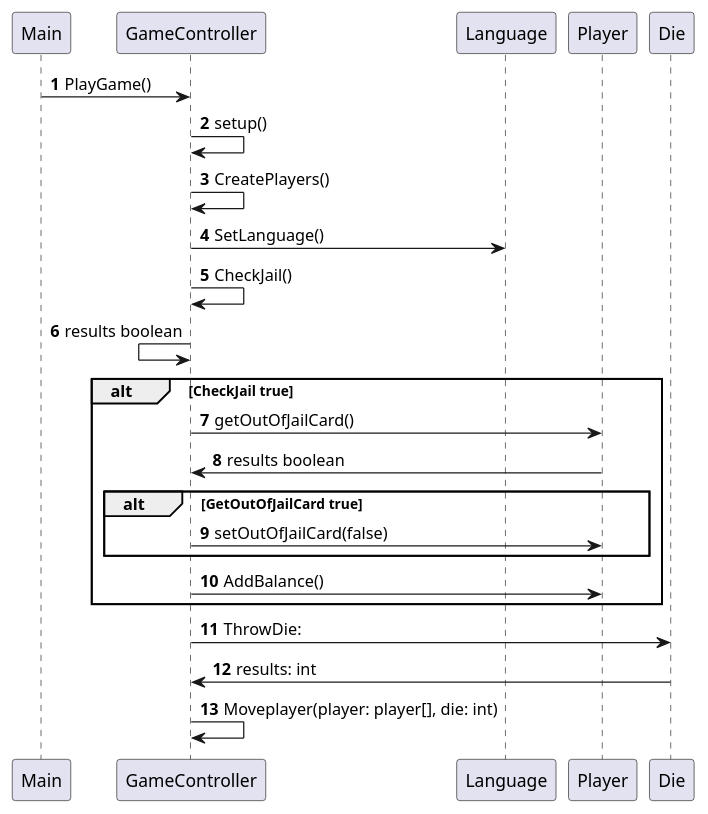
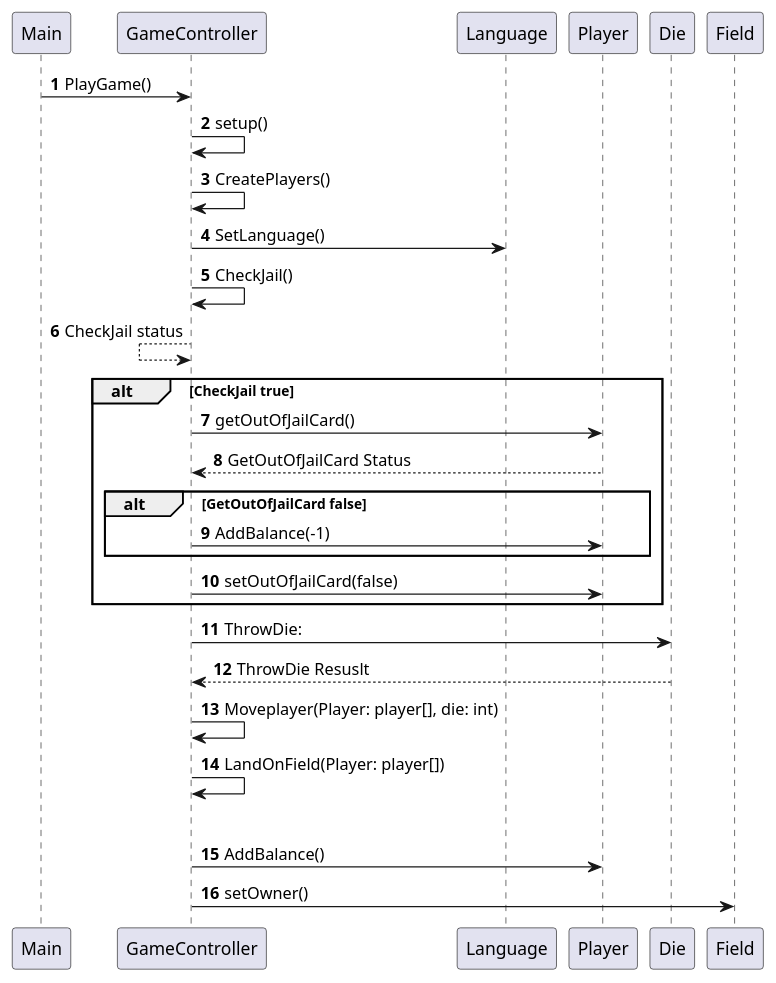
The diagram in src/main/java/org/g16/UMLDiagrams/SSD.puml (Magnusrk/CDIO3), drawn with PlantUML before and after one commit. The commit also changed 1 other file, not shown here.

Commit message:
UML Diagrams

```diff
--- a/src/main/java/org/g16/UMLDiagrams/SSD.puml
+++ b/src/main/java/org/g16/UMLDiagrams/SSD.puml
@@ -1,25 +1,28 @@
 @startuml
 'https://plantuml.com/sequence-diagram
 
 autonumber
 
 Main -> GameController: PlayGame()
 GameController -> GameController: setup()
 GameController -> GameController: CreatePlayers()
 GameController -> Language: SetLanguage()
 GameController -> GameController: CheckJail()
-GameController <- GameController: results boolean
+GameController <-- GameController: CheckJail status
 alt CheckJail true
     GameController -> Player: getOutOfJailCard()
-    GameController <- Player: results boolean
-    alt GetOutOfJailCard true
+    GameController <-- Player: GetOutOfJailCard Status
+    alt GetOutOfJailCard false
+    GameController -> Player: AddBalance(-1)
+    end
     GameController -> Player: setOutOfJailCard(false)
     end
+GameController -> Die: ThrowDie:
+GameController <-- Die: ThrowDie Resuslt
+GameController -> GameController: Moveplayer(Player: player[], die: int)
+GameController -> GameController: LandOnField(Player: player[])
+alt propertyfield
     GameController -> Player: AddBalance()
-    end
-GameController -> Die: ThrowDie:
-GameController <- Die: results: int
-GameController -> GameController: Moveplayer(player: player[], die: int)
-
+    GameController -> Field: setOwner()
 
 @enduml
```
